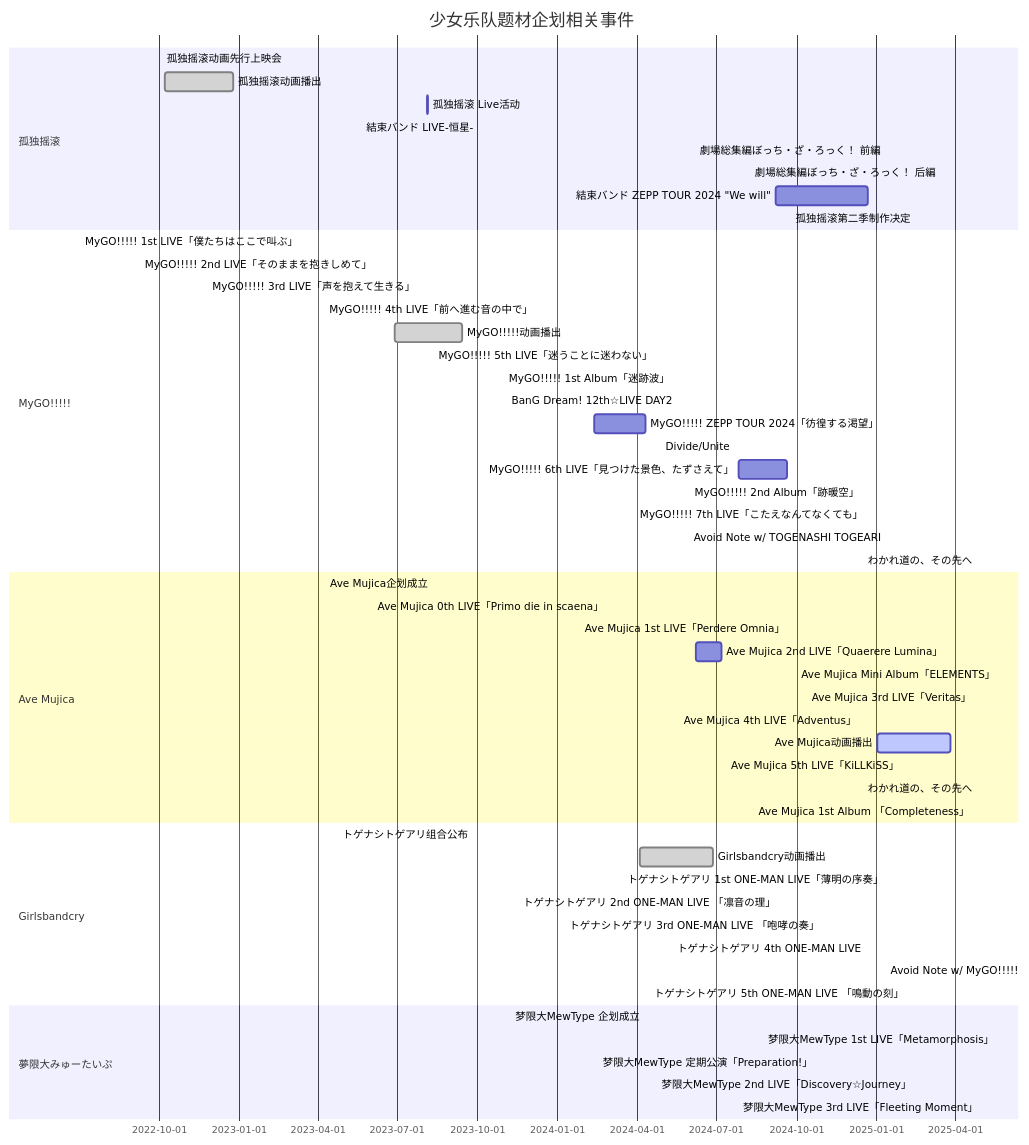
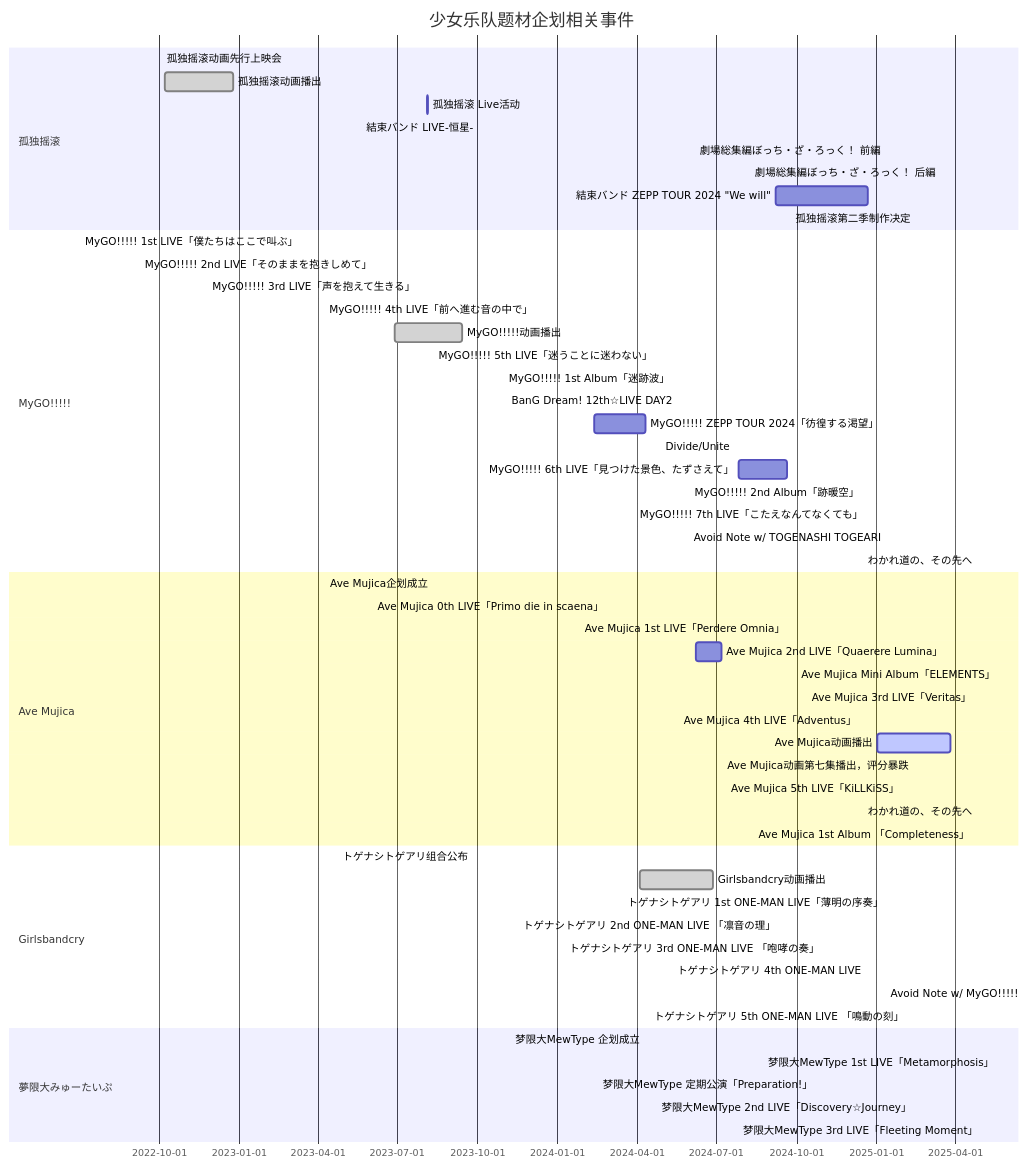
One commit to Chinasd1st/Chinasd1st.github.io changed the second of 2 diagrams in src/post/GirlsBands.md. Above: the diagram before and after it, drawn with Mermaid. The commit also changed other lines of this file, not shown here.

````diff
--- a/src/post/GirlsBands.md
+++ b/src/post/GirlsBands.md
@@ -23,64 +23,65 @@
 ```mermaid
 gantt
     title 少女乐队题材企划相关事件
     dateFormat  YYYY-MM-DD
 
     section 孤独摇滚
     孤独摇滚动画先行上映会 :done, 2022-10-05, 2022-10-05
     孤独摇滚动画播出 :done, 2022-10-08, 2022-12-25
     孤独摇滚 Live活动 : 2023-08-05, 2023-08-06
     結束バンド LIVE-恒星- : 2023-05-21, 2023-05-21
     劇場総集編ぼっち・ざ・ろっく！ 前編 : 2024-06-07, 2024-06-07
     劇場総集編ぼっち・ざ・ろっく！ 后編 : 2024-08-09,2024-08-09
     結束バンド ZEPP TOUR 2024 "We will" : 2024-09-08, 2024-12-22
     孤独摇滚第二季制作决定 : 2025-02-15, 2025-02-15
     
     section MyGO!!!!!
     %%MyGO!!!!!企划成立 :done, 2021-07-01, 2021-07-01
     MyGO!!!!! 1st LIVE「僕たちはここで叫ぶ」 : 2022-07-03, 2022-07-03
     MyGO!!!!! 2nd LIVE「そのままを抱きしめて」 : 2022-09-10, 2022-09-10
     MyGO!!!!! 3rd LIVE「声を抱えて生きる」 : 2022-11-26, 2022-11-26
     MyGO!!!!! 4th LIVE「前へ進む音の中で」 : 2023-04-09, 2023-04-09
     MyGO!!!!!动画播出 :done, 2023-06-29, 2023-09-14
     MyGO!!!!! 5th LIVE「迷うことに迷わない」 : 2023-08-12, 2023-08-12
     MyGO!!!!! 1st Album「迷跡波」: 2023-11-01, 2023-11-01
     BanG Dream! 12th☆LIVE DAY2:ちいさな一瞬 : 2023-11-04, 2023-11-04   
     MyGO!!!!! ZEPP TOUR 2024「彷徨する渇望」 : 2024-02-12, 2024-04-11
     Divide/Unite : 2024-04-29, 2024-04-29
     MyGO!!!!! 6th LIVE「見つけた景色、たずさえて」 : 2024-07-27, 2024-09-21    
     MyGO!!!!! 2nd Album「跡暖空」 : 2024-12-18, 2024-12-18
     MyGO!!!!! 7th LIVE「こたえなんてなくても」 : 2024-12-22, 2024-12-22
     Avoid Note w/ TOGENASHI TOGEARI : 2025-01-12, 2025-01-12
     わかれ道の、その先へ : 2025-04-26, 2025-04-27
 
 
     section Ave Mujica
     Ave Mujica企划成立 :done, 2023-04-10, 2023-04-10
     Ave Mujica 0th LIVE「Primo die in scaena」 : 2023-06-04, 2023-06-04
     Ave Mujica 1st LIVE「Perdere Omnia」 : 2024-01-27, 2024-01-27
     Ave Mujica 2nd LIVE「Quaerere Lumina」 : 2024-06-08, 2024-07-07
     Ave Mujica Mini Album「ELEMENTS」 : 2024-10-02, 2024-10-02
     Ave Mujica 3rd LIVE「Veritas」 : 2024-10-13, 2024-10-13
     Ave Mujica 4th LIVE「Adventus」 : 2024-12-15, 2024-12-15
     Ave Mujica动画播出 :active, 2025-01-02, 2025-03-27
+    Ave Mujica动画第七集播出，评分暴跌 :2025-02-13, 2025-02-13
     Ave Mujica 5th LIVE「KiLLKiSS」 : 2025-02-02, 2025-02-02
     わかれ道の、その先へ : 2025-04-26, 2025-04-27
     Ave Mujica 1st Album 「Completeness」 : 2025-04-23, 2025-04-23
 
     section Girlsbandcry
     トゲナシトゲアリ组合公布 :done, 2023-04-24, 2023-04-24
     Girlsbandcry动画播出 :done, 2024-04-05, 2024-06-28
     トゲナシトゲアリ 1st ONE-MAN LIVE「薄明の序奏」 : 2024-03-16, 2024-03-16
     トゲナシトゲアリ 2nd ONE-MAN LIVE 「凛音の理」 : 2024-09-13, 2024-09-13
     トゲナシトゲアリ 3rd ONE-MAN LIVE 「咆哮の奏」 : 2024-11-02, 2024-11-02
     トゲナシトゲアリ 4th ONE-MAN LIVE : 2024-12-20, 2024-12-20
     Avoid Note w/ MyGO!!!!! : 2025-01-12, 2025-01-12
     トゲナシトゲアリ 5th ONE-MAN LIVE 「鳴動の刻」 : 2025-02-07, 2025-02-07
     
     section 夢限大みゅーたいぷ
     梦限大MewType 企划成立 : 2023.11.09, 2023.11.09
     梦限大MewType 1st LIVE「Metamorphosis」: 2024.08.24, 2024.08.24
     梦限大MewType 定期公演「Preparation!」: 2024.10.25, 2024.12.20
     梦限大MewType 2nd LIVE「Discovery☆Journey」: 2025.02.16, 2025.02.16
     梦限大MewType 3rd LIVE「Fleeting Moment」 : 2025.05.03, 2025.05.07
 ```
````
